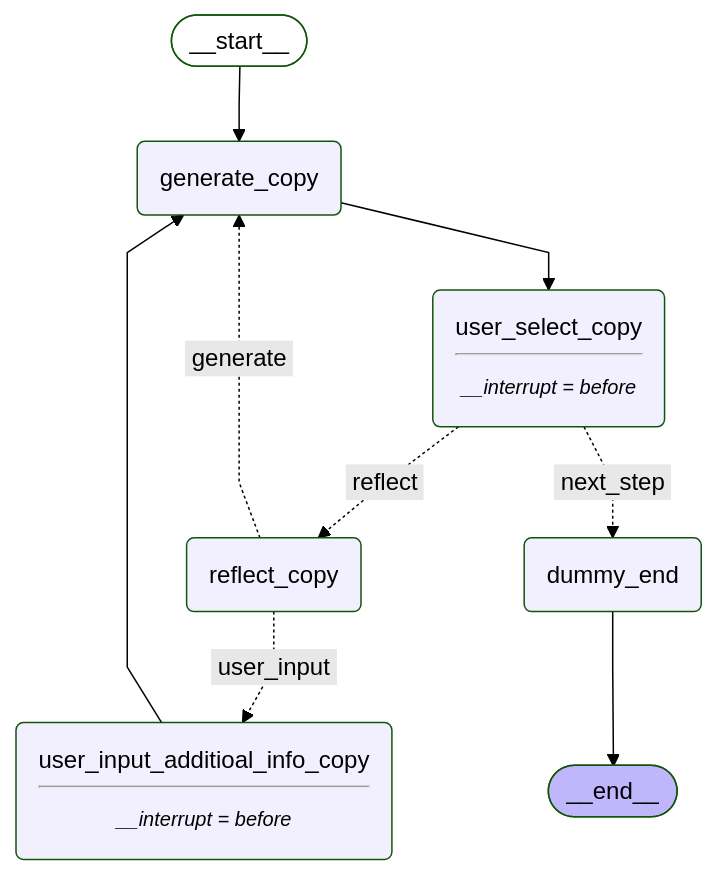
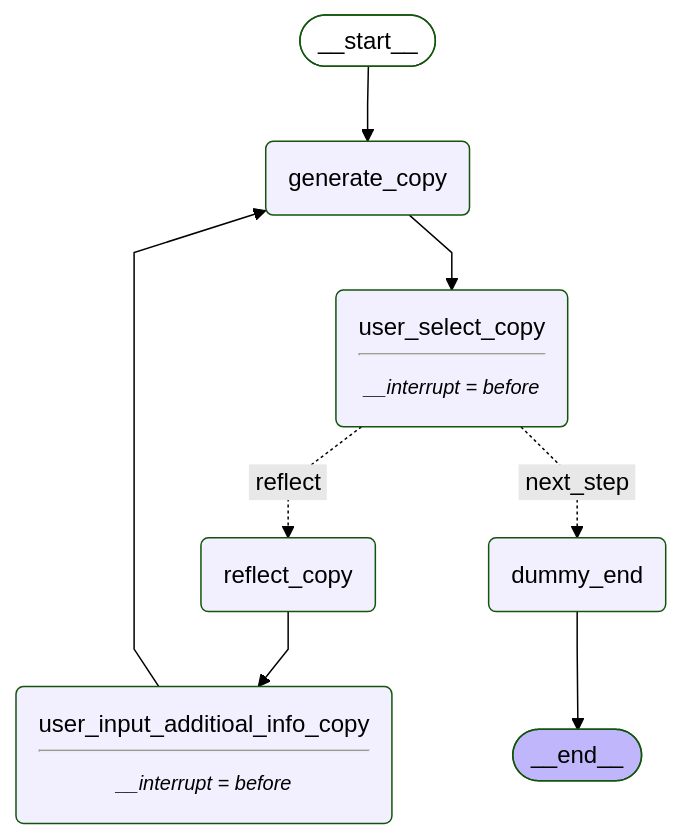
One commit to yamato0811/streamlit-langgraph-HITL-copy-generator changed the diagram in src/graph.md. Above: the diagram before and after it, drawn with Mermaid (forest theme). The commit also changed 5 other files, not shown here.

````diff
--- a/src/graph.md
+++ b/src/graph.md
@@ -1,22 +1,21 @@
 ```mermaid
 %%{init: {'flowchart': {'curve': 'linear'}}}%%
 graph TD;
 	__start__([<p>__start__</p>]):::first
 	generate_copy(generate_copy)
 	user_select_copy(user_select_copy<hr/><small><em>__interrupt = before</em></small>)
 	reflect_copy(reflect_copy)
 	user_input_additioal_info_copy(user_input_additioal_info_copy<hr/><small><em>__interrupt = before</em></small>)
 	dummy_end(dummy_end)
 	__end__([<p>__end__</p>]):::last
 	__start__ --> generate_copy;
 	dummy_end --> __end__;
 	generate_copy --> user_select_copy;
+	reflect_copy --> user_input_additioal_info_copy;
 	user_input_additioal_info_copy --> generate_copy;
 	user_select_copy -. &nbsp;reflect&nbsp; .-> reflect_copy;
 	user_select_copy -. &nbsp;next_step&nbsp; .-> dummy_end;
-	reflect_copy -. &nbsp;generate&nbsp; .-> generate_copy;
-	reflect_copy -. &nbsp;user_input&nbsp; .-> user_input_additioal_info_copy;
 	classDef default fill:#f2f0ff,line-height:1.2
 	classDef first fill-opacity:0
 	classDef last fill:#bfb6fc
 ```
````
